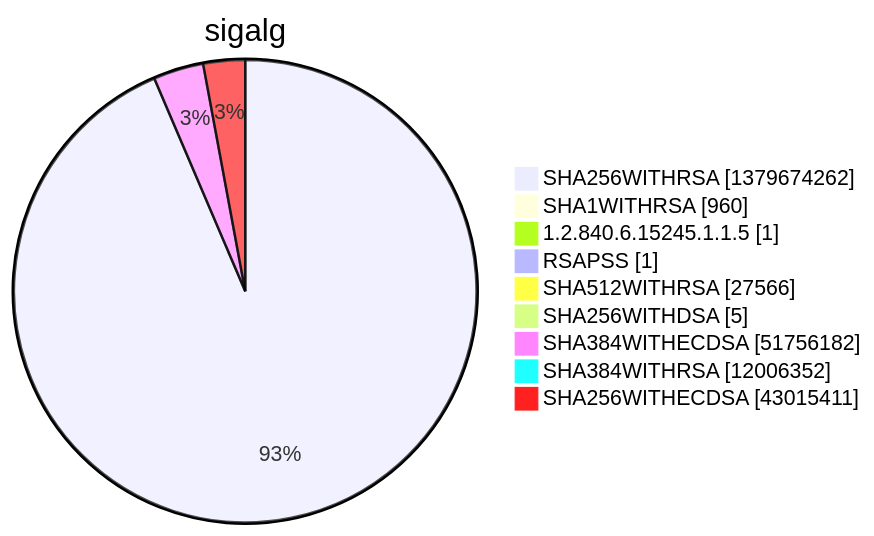
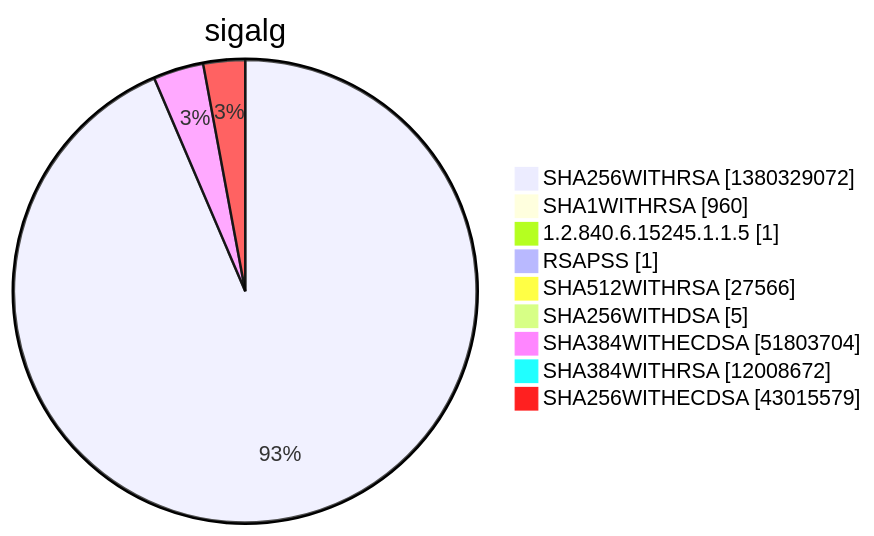
Diagram 15 of 15 in argon2022/README.md (christiankrug/ctmonitor_visualization), drawn with Mermaid before and after one commit. The commit also changed other lines of this file, not shown here.

````diff
--- a/argon2022/README.md
+++ b/argon2022/README.md
@@ -5524,13 +5524,13 @@
 ```mermaid
 pie showData
 title sigalg
-"SHA256WITHRSA" :1379674262
+"SHA256WITHRSA" :1380329072
 "SHA1WITHRSA" :960
 "1.2.840.6.15245.1.1.5" :1
 "RSAPSS" :1
 "SHA512WITHRSA" :27566
 "SHA256WITHDSA" :5
-"SHA384WITHECDSA" :51756182
-"SHA384WITHRSA" :12006352
-"SHA256WITHECDSA" :43015411
+"SHA384WITHECDSA" :51803704
+"SHA384WITHRSA" :12008672
+"SHA256WITHECDSA" :43015579
 ```
````
